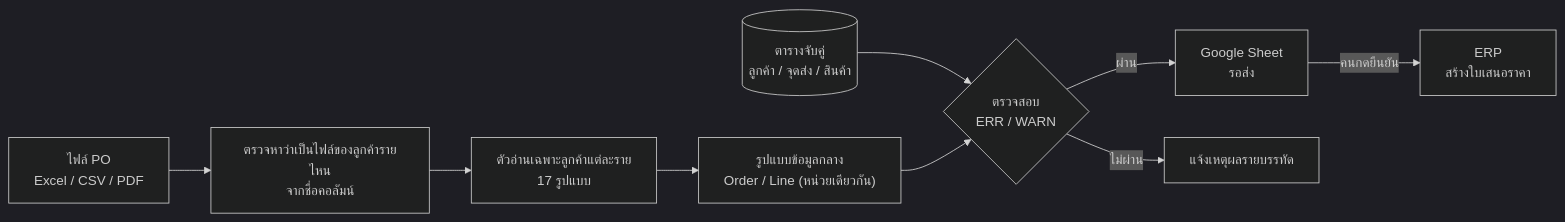
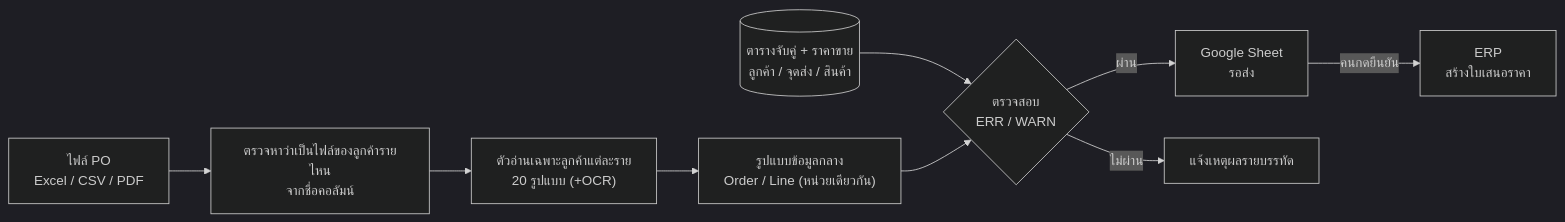
One commit to mukrata-d05/mukrata-d05 changed the first of 2 diagrams in projects/02-purchase-order-validation.md. Above: the diagram before and after it, drawn with Mermaid (dark theme). The commit also changed other lines of this file and 1 other file, not shown here.

Commit message:
Update PO validation case study: 20 formats with OCR, price check, remote use

````diff
--- a/projects/02-purchase-order-validation.md
+++ b/projects/02-purchase-order-validation.md
@@ -23,11 +23,11 @@
 ```mermaid
 flowchart LR
     A["ไฟล์ PO<br/>Excel / CSV / PDF"] --> B["ตรวจหาว่าเป็นไฟล์ของลูกค้ารายไหน<br/>จากชื่อคอลัมน์"]
-    B --> C["ตัวอ่านเฉพาะลูกค้าแต่ละราย<br/>17 รูปแบบ"]
+    B --> C["ตัวอ่านเฉพาะลูกค้าแต่ละราย<br/>20 รูปแบบ (+OCR)"]
     C --> D["รูปแบบข้อมูลกลาง<br/>Order / Line (หน่วยเดียวกัน)"]
-    M[("ตารางจับคู่<br/>ลูกค้า / จุดส่ง / สินค้า")] --> E
+    M[("ตารางจับคู่ + ราคาขาย<br/>ลูกค้า / จุดส่ง / สินค้า")] --> E
     D --> E{"ตรวจสอบ<br/>ERR / WARN"}
     E -->|ผ่าน| F["Google Sheet<br/>รอส่ง"]
     F -->|คนกดยืนยัน| G["ERP<br/>สร้างใบเสนอราคา"]
     E -->|ไม่ผ่าน| H["แจ้งเหตุผลรายบรรทัด"]
 ```
````
